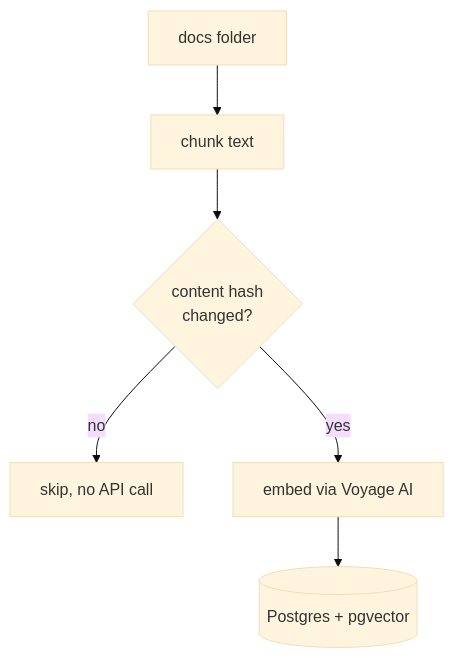
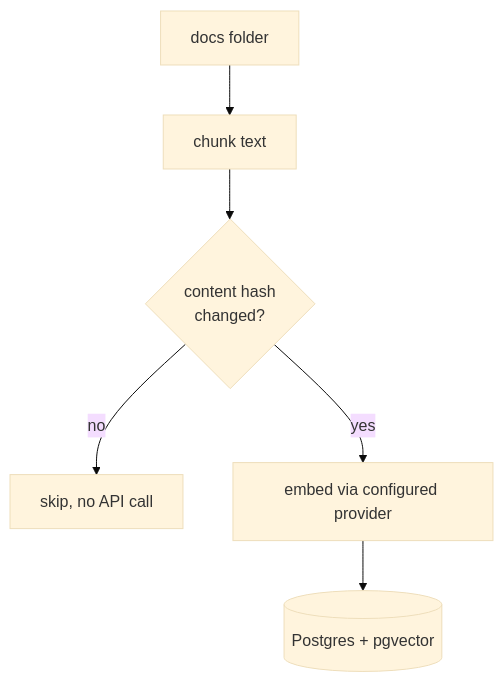
Before and after one commit to theniitettey/doc-rag-mcp: the first of 2 diagrams in README.md, drawn with Mermaid (base theme). The commit also changed other lines of this file, not shown here.

Commit message:
Update flow diagrams for pluggable providers and rerank/hybrid search

````diff
--- a/README.md
+++ b/README.md
@@ -23,8 +24,8 @@
 ```mermaid
 flowchart TD
     A[docs folder] --> B[chunk text]
     B --> C{content hash<br/>changed?}
     C -- no --> D[skip, no API call]
-    C -- yes --> E[embed via Voyage AI]
+    C -- yes --> E[embed via configured provider]
     E --> F[(Postgres + pgvector)]
 ```
````
